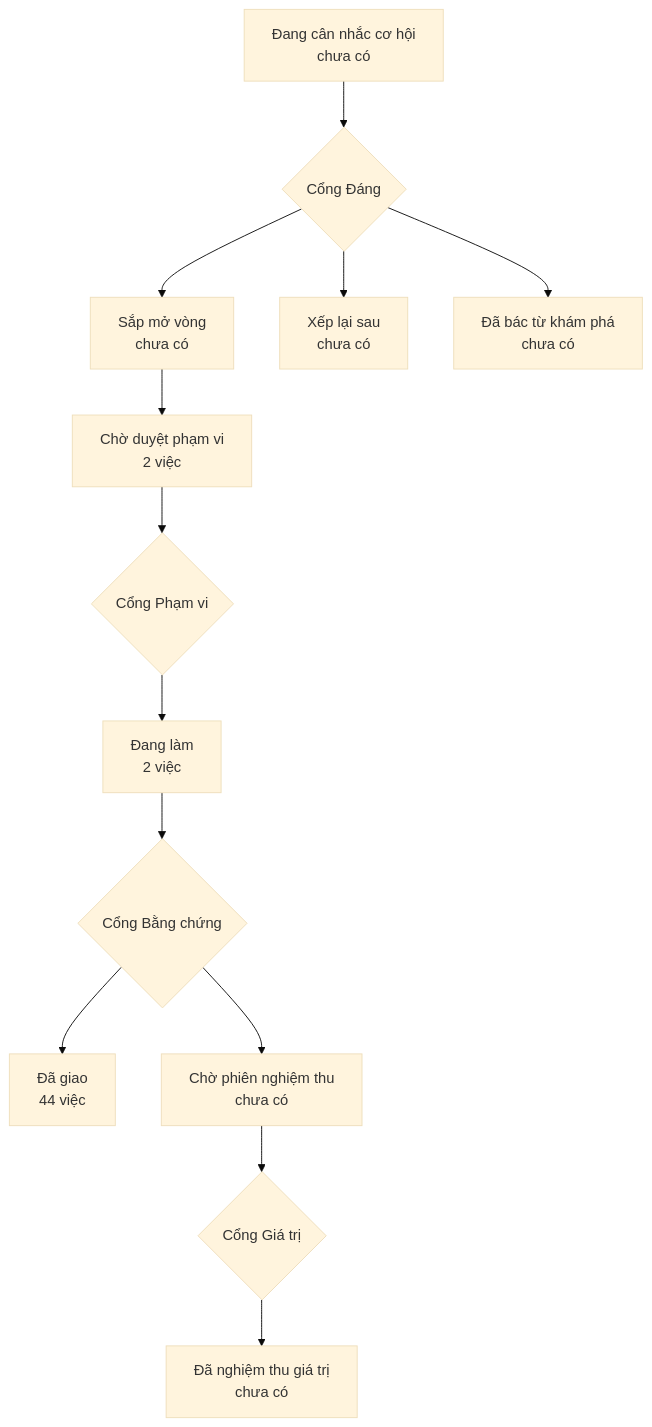
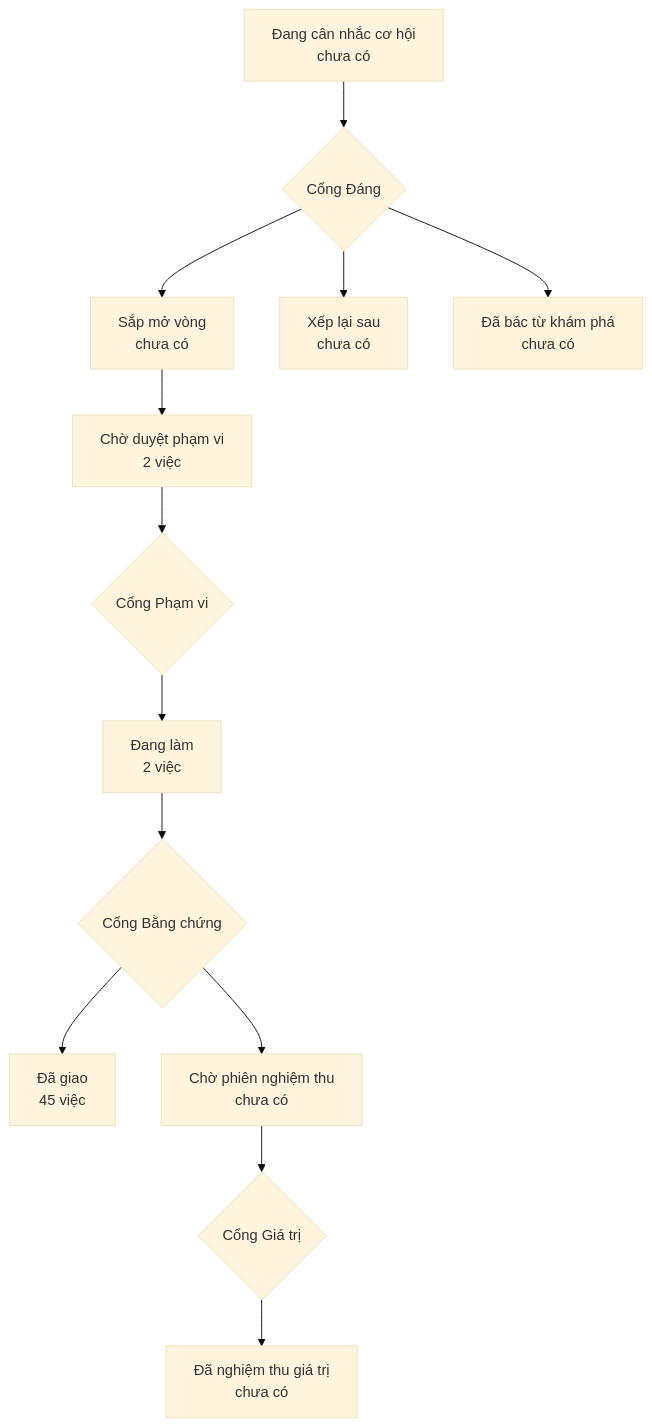
The diagram in PRODUCT-MAP.md (phanlemanh/acceptance-gate-kit), drawn with Mermaid (base theme) before and after one commit.

Commit message:
chore(map): vẽ lại bản đồ sau khi gộp main (thêm hồ sơ hinh-tai-cong-1)

````diff
--- a/PRODUCT-MAP.md
+++ b/PRODUCT-MAP.md
@@ -6,12 +6,12 @@
 ```mermaid
 flowchart TD
   A["Đang cân nhắc cơ hội<br/>chưa có"] --> GD{"Cổng Đáng"}
   GD --> B["Sắp mở vòng<br/>chưa có"]
   GD --> XL["Xếp lại sau<br/>chưa có"]
   GD --> DB["Đã bác từ khám phá<br/>chưa có"]
   B --> CD["Chờ duyệt phạm vi<br/>2 việc"] --> GP{"Cổng Phạm vi"}
   GP --> DL["Đang làm<br/>2 việc"] --> GB{"Cổng Bằng chứng"}
-  GB --> DG["Đã giao<br/>44 việc"]
+  GB --> DG["Đã giao<br/>45 việc"]
   GB --> CN["Chờ phiên nghiệm thu<br/>chưa có"] --> GG{"Cổng Giá trị"}
   GG --> NT["Đã nghiệm thu giá trị<br/>chưa có"]
 ```
````
